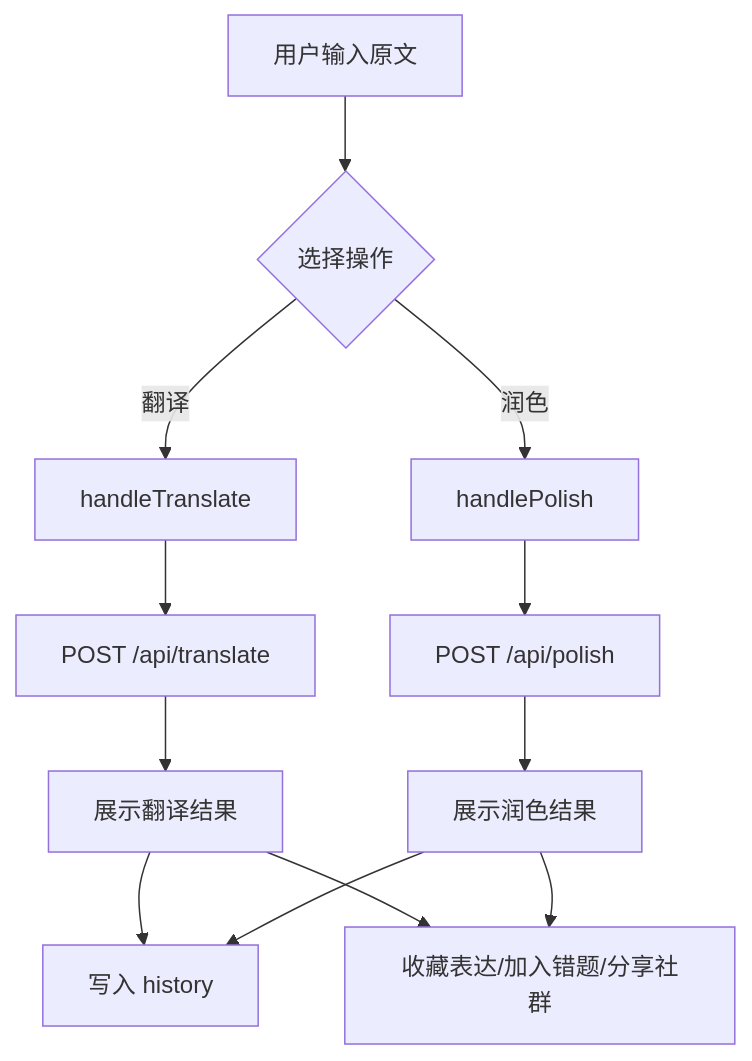
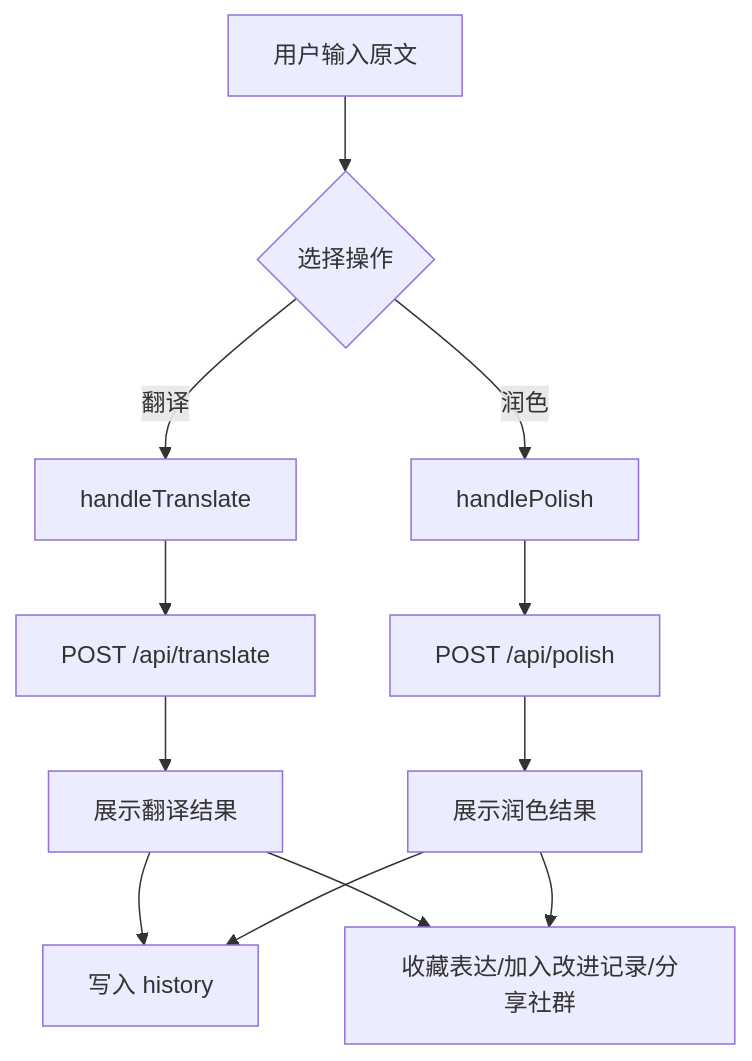
One commit to Han-Xinlong/ZJSUer_Translation_assistant changed the second of 5 diagrams in docs/technical_documentation.md. Above: the diagram before and after it, drawn with Mermaid. The commit also changed other lines of this file and 15 other files, not shown here.

````diff
--- a/docs/technical_documentation.md
+++ b/docs/technical_documentation.md
@@ -201,14 +201,14 @@
 ```mermaid
 flowchart TD
   A[用户输入原文] --> B{选择操作}
   B -->|翻译| C[handleTranslate]
   B -->|润色| D[handlePolish]
   C --> E[POST /api/translate]
   D --> F[POST /api/polish]
   E --> G[展示翻译结果]
   F --> H[展示润色结果]
   G --> I[写入 history]
   H --> I
-  G --> J[收藏表达/加入错题/分享社群]
+  G --> J[收藏表达/加入改进记录/分享社群]
   H --> J
 ```
````
